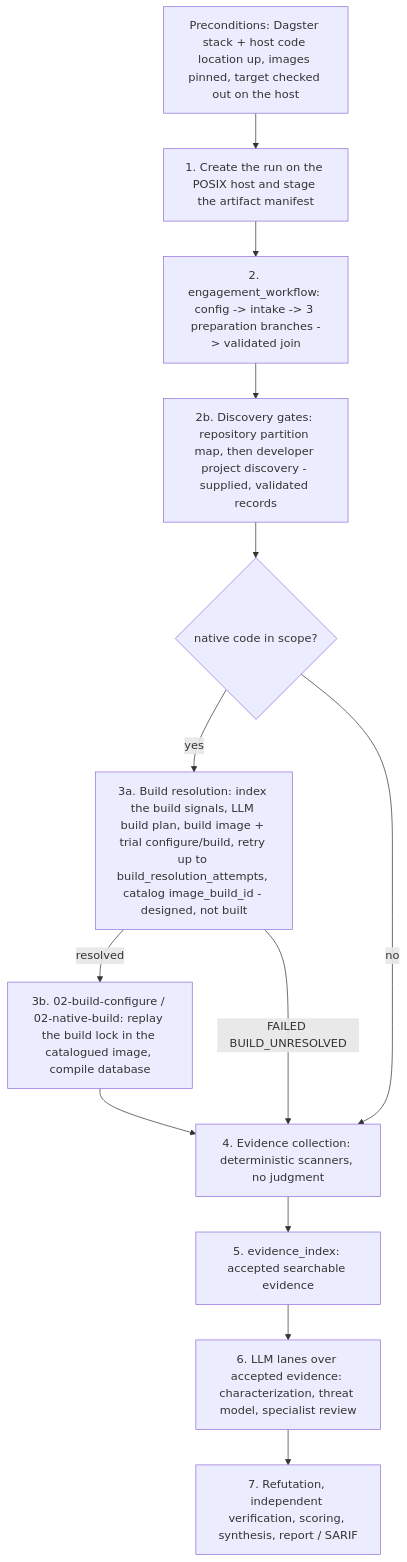
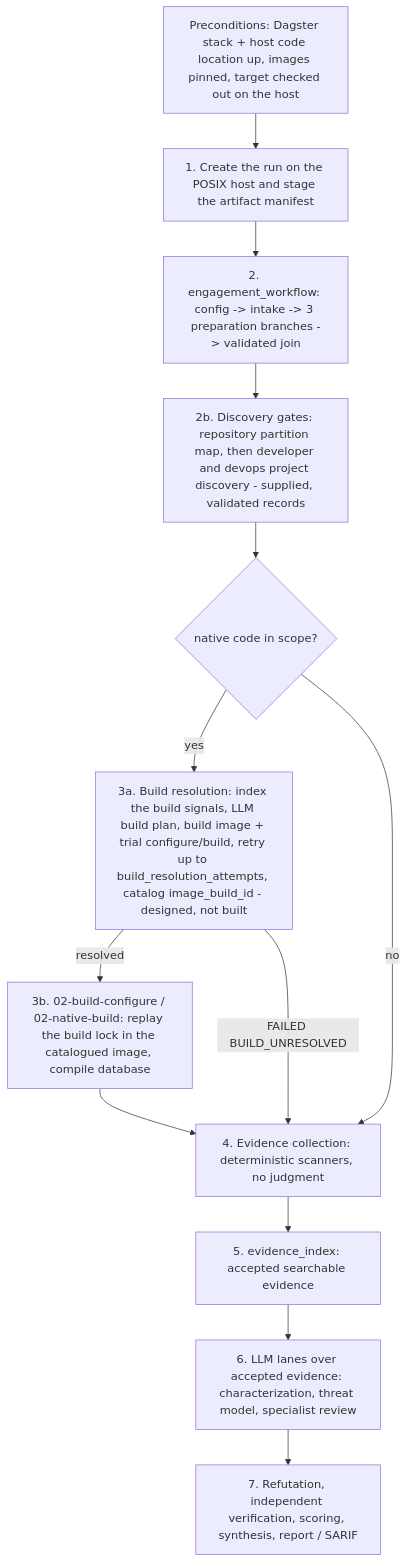
Before and after one commit to wsollers/appsec-review: the diagram in docs/processes/engagement-start.md, drawn with Mermaid. The commit also changed other lines of this file and 20 other files, not shown here.

First line of the commit message:
Build SAT stage 8: devops-project-discovery gate

````diff
--- a/docs/processes/engagement-start.md
+++ b/docs/processes/engagement-start.md
@@ -16,15 +16,15 @@
 ```mermaid
 flowchart TD
   P0[Preconditions: Dagster stack + host code location up, images pinned, target checked out on the host] --> S1
   S1[1. Create the run on the POSIX host and stage the artifact manifest] --> S2
   S2[2. engagement_workflow: config -> intake -> 3 preparation branches -> validated join] --> S2b
-  S2b[2b. Discovery gates: repository partition map, then developer project discovery - supplied, validated records] --> G1{native code in scope?}
+  S2b[2b. Discovery gates: repository partition map, then developer and devops project discovery - supplied, validated records] --> G1{native code in scope?}
   G1 -- yes --> S3a[3a. Build resolution: index the build signals, LLM build plan, build image + trial configure/build, retry up to build_resolution_attempts, catalog image_build_id - designed, not built]
   S3a -- resolved --> S3[3b. 02-build-configure / 02-native-build: replay the build lock in the catalogued image, compile database]
   S3a -- FAILED BUILD_UNRESOLVED --> S4
   G1 -- no --> S4
   S3 --> S4[4. Evidence collection: deterministic scanners, no judgment]
   S4 --> S5[5. evidence_index: accepted searchable evidence]
   S5 --> S6[6. LLM lanes over accepted evidence: characterization, threat model, specialist review]
   S6 --> S7[7. Refutation, independent verification, scoring, synthesis, report / SARIF]
 ```
````
